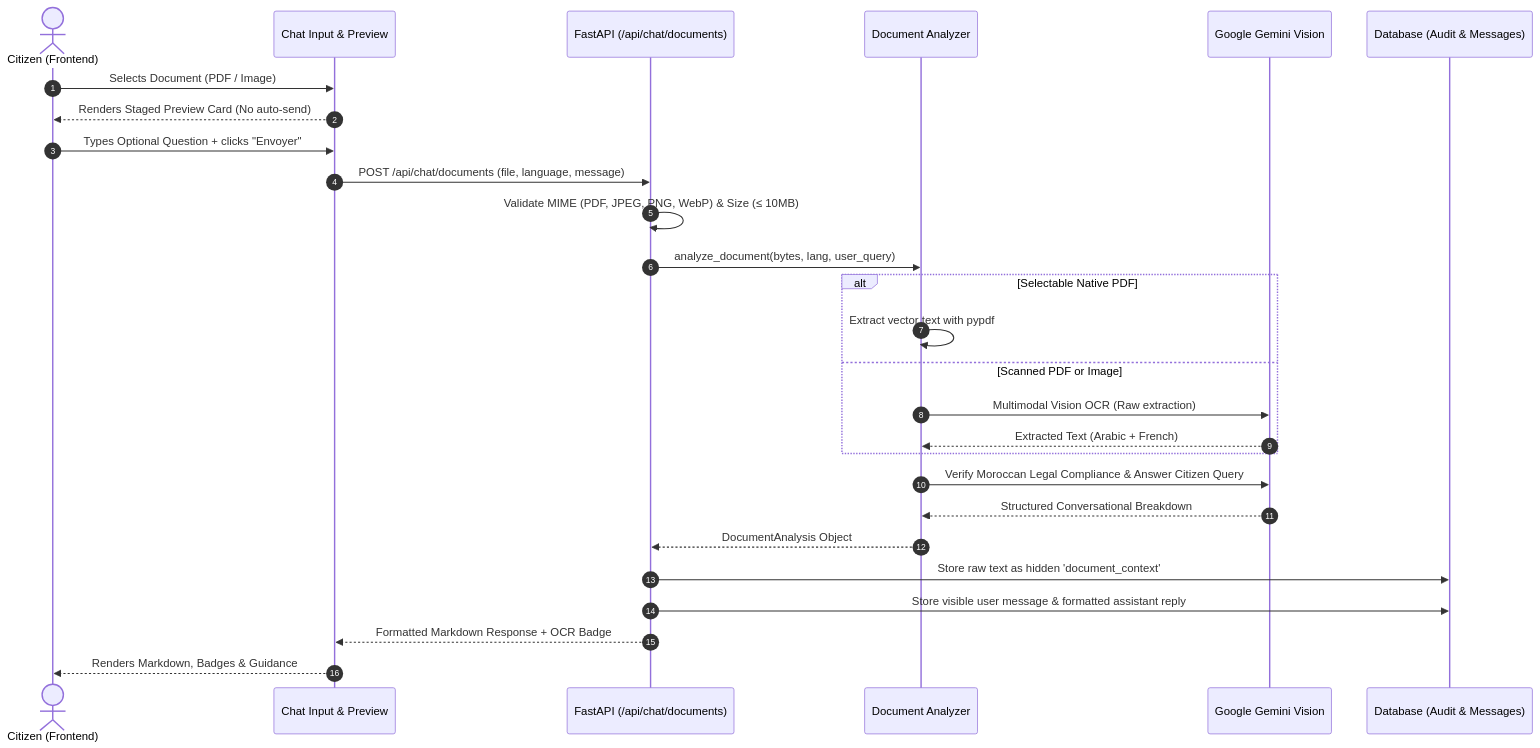
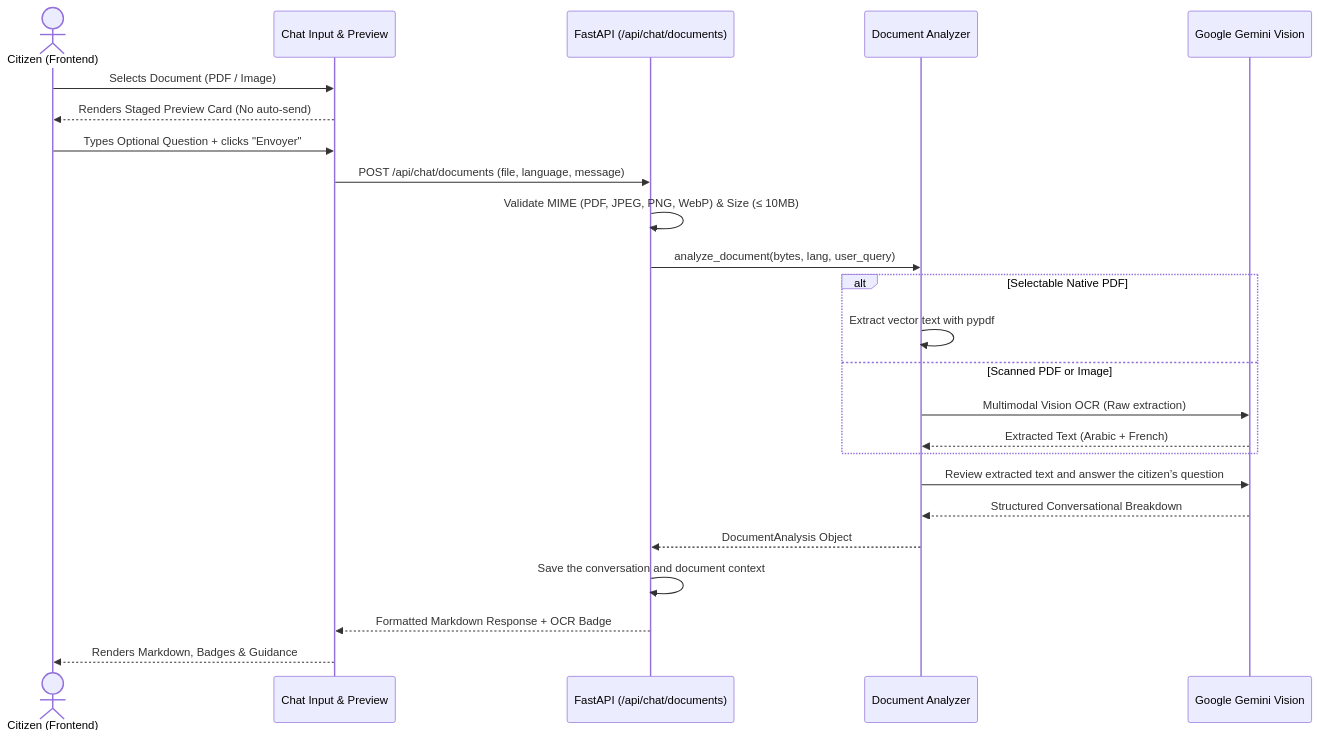
One commit to chaimaebouassab4-boop/omniagent-public-services-assistant changed the third of 4 diagrams in README.md. Above: the diagram before and after it, drawn with Mermaid. The commit also changed other lines of this file, not shown here.

````diff
--- a/README.md
+++ b/README.md
@@ -157,30 +164,27 @@
 ```mermaid
 sequenceDiagram
-    autonumber
     actor Citizen as Citizen (Frontend)
     participant ChatUI as Chat Input & Preview
     participant API as FastAPI (/api/chat/documents)
     participant Analyzer as Document Analyzer
     participant Gemini as Google Gemini Vision
-    participant DB as Database (Audit & Messages)
 
     Citizen->>ChatUI: Selects Document (PDF / Image)
     ChatUI-->>Citizen: Renders Staged Preview Card (No auto-send)
     Citizen->>ChatUI: Types Optional Question + clicks "Envoyer"
     ChatUI->>API: POST /api/chat/documents (file, language, message)
     API->>API: Validate MIME (PDF, JPEG, PNG, WebP) & Size (≤ 10MB)
     API->>Analyzer: analyze_document(bytes, lang, user_query)
     alt Selectable Native PDF
         Analyzer->>Analyzer: Extract vector text with pypdf
     else Scanned PDF or Image
         Analyzer->>Gemini: Multimodal Vision OCR (Raw extraction)
         Gemini-->>Analyzer: Extracted Text (Arabic + French)
     end
-    Analyzer->>Gemini: Verify Moroccan Legal Compliance & Answer Citizen Query
+    Analyzer->>Gemini: Review extracted text and answer the citizen’s question
     Gemini-->>Analyzer: Structured Conversational Breakdown
     Analyzer-->>API: DocumentAnalysis Object
-    API->>DB: Store raw text as hidden 'document_context'
-    API->>DB: Store visible user message & formatted assistant reply
+    API->>API: Save the conversation and document context
     API-->>ChatUI: Formatted Markdown Response + OCR Badge
     ChatUI-->>Citizen: Renders Markdown, Badges & Guidance
 ```
````
